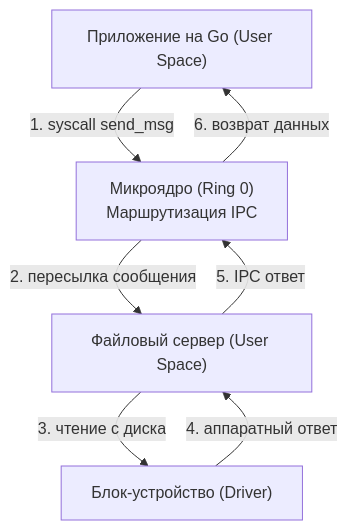
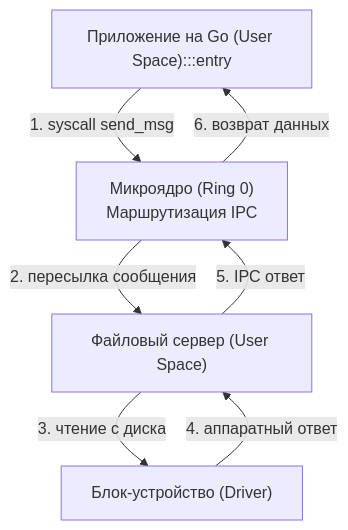
The diagram in sources/2. Устройство и работа ОС/3. Архитектура ядра. Monolithic, Microkernel, Hybrid.md (UnrealTemplier/go-textbook), drawn with Mermaid before and after one commit. The commit also changed 1666 other files, not shown here.

First line of the commit message:
feat(mermaid): add semantic color classDef to 1369 colorless flowchart/graph diagrams

````diff
--- a/sources/2. Устройство и работа ОС/3. Архитектура ядра. Monolithic, Microkernel, Hybrid.md
+++ b/sources/2. Устройство и работа ОС/3. Архитектура ядра. Monolithic, Microkernel, Hybrid.md
@@ -93,9 +93,19 @@
 ```mermaid
 flowchart TD
-    App["Приложение на Go (User Space)"] -->|"1. syscall send_msg"| Kernel["Микроядро (Ring 0)<br>Маршрутизация IPC"]
+    classDef process  fill:#1e293b,stroke:#38bdf8,stroke-width:1px,color:#f8fafc
+    classDef success  fill:#064e3b,stroke:#34d399,stroke-width:1px,color:#f8fafc
+    classDef error    fill:#7f1d1d,stroke:#f87171,stroke-width:1px,color:#f8fafc
+    classDef warning  fill:#78350f,stroke:#fbbf24,stroke-width:1px,color:#f8fafc
+    classDef entry    fill:#1e3a5f,stroke:#38bdf8,stroke-width:2px,color:#f8fafc
+    classDef aux      fill:#334155,stroke:#64748b,stroke-width:1px,color:#f8fafc
+    classDef system   fill:#312e81,stroke:#a78bfa,stroke-width:1px,color:#f8fafc
+    classDef data     fill:#132d29,stroke:#2dd4bf,stroke-width:1px,color:#f8fafc
+    classDef network  fill:#881337,stroke:#fb7185,stroke-width:1px,color:#f8fafc
+    classDef accent   fill:#1e1b4b,stroke:#818cf8,stroke-width:1px,color:#f8fafc
+    App["Приложение на Go (User Space):::entry"] -->|"1. syscall send_msg"| Kernel["Микроядро (Ring 0)<br>Маршрутизация IPC"]
     Kernel -->|"2. пересылка сообщения"| FS_Server["Файловый сервер (User Space)"]
     FS_Server -->|"3. чтение с диска"| Disk["Блок-устройство (Driver)"]
     Disk -->|"4. аппаратный ответ"| FS_Server
     FS_Server -->|"5. IPC ответ"| Kernel
     Kernel -->|"6. возврат данных"| App
 ```
````
